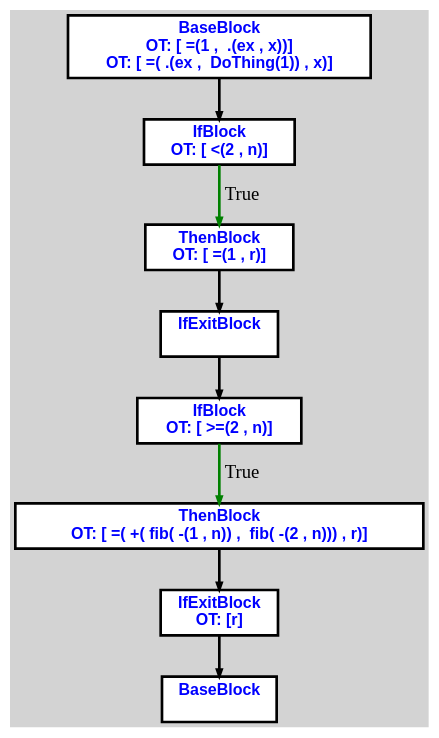
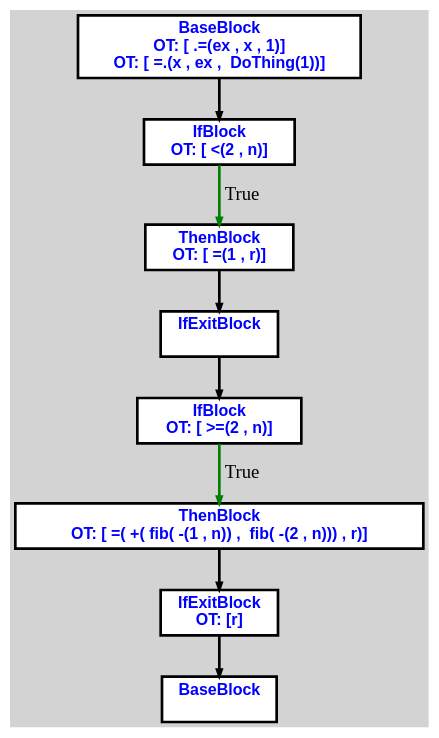
Before and after one commit to aveen007/CountingMonkeys: the diagram in cpoCompilerWin/input2.txt.fib.dot, drawn with Graphviz. The commit also changed 13 other files, not shown here.

```diff
--- a/cpoCompilerWin/input2.txt.fib.dot
+++ b/cpoCompilerWin/input2.txt.fib.dot
@@ -1,29 +1,29 @@
 digraph G {
 ordering=out;
 ranksep=.4;
 bgcolor="lightgrey";  node [shape=box, fixedsize=false, fontsize=12, fontname="Helvetica-bold", fontcolor="blue"
 width=.25, height=.25, color="black", fillcolor="white", style="filled, solid, bold"];
 
-edge [arrowsize=.5, color="black", style="bold"]    n0000119A7AF233E0 [label="BaseBlock\n OT: [ =(1 ,  .(ex , x))]
-OT: [ =( .(ex ,  DoThing(1)) , x)]
+edge [arrowsize=.5, color="black", style="bold"]    n00001243B6DA33E0 [label="BaseBlock\n OT: [ .=(ex , x , 1)]
+OT: [ =.(x , ex ,  DoThing(1))]
 "]
-    n0000119A7AF23620 [label="IfBlock\n OT: [ <(2 , n)]
+    n00001243B6DA3620 [label="IfBlock\n OT: [ <(2 , n)]
 "]
-    n0000119A7AF233E0 -> n0000119A7AF23620
-    n0000119A7AF23620 -> n0000119A7AF23680 [label="True" color="green"]
-    n0000119A7AF23680 [label="ThenBlock\n OT: [ =(1 , r)]
+    n00001243B6DA33E0 -> n00001243B6DA3620
+    n00001243B6DA3620 -> n00001243B6DA3680 [label="True" color="green"]
+    n00001243B6DA3680 [label="ThenBlock\n OT: [ =(1 , r)]
 "]
-    n0000119A7AF236E0 [label="IfExitBlock\n "]
-    n0000119A7AF23680 -> n0000119A7AF236E0
-    n0000119A7AF23740 [label="IfBlock\n OT: [ >=(2 , n)]
+    n00001243B6DA36E0 [label="IfExitBlock\n "]
+    n00001243B6DA3680 -> n00001243B6DA36E0
+    n00001243B6DA3740 [label="IfBlock\n OT: [ >=(2 , n)]
 "]
-    n0000119A7AF236E0 -> n0000119A7AF23740
-    n0000119A7AF23740 -> n0000119A7AF237A0 [label="True" color="green"]
-    n0000119A7AF237A0 [label="ThenBlock\n OT: [ =( +( fib( -(1 , n)) ,  fib( -(2 , n))) , r)]
+    n00001243B6DA36E0 -> n00001243B6DA3740
+    n00001243B6DA3740 -> n00001243B6DA37A0 [label="True" color="green"]
+    n00001243B6DA37A0 [label="ThenBlock\n OT: [ =( +( fib( -(1 , n)) ,  fib( -(2 , n))) , r)]
 "]
-    n0000119A7AF23800 [label="IfExitBlock\n OT: [r]
+    n00001243B6DA3800 [label="IfExitBlock\n OT: [r]
 "]
-    n0000119A7AF237A0 -> n0000119A7AF23800
-    n0000119A7AF23860 [label="BaseBlock\n "]
-    n0000119A7AF23800 -> n0000119A7AF23860
+    n00001243B6DA37A0 -> n00001243B6DA3800
+    n00001243B6DA3860 [label="BaseBlock\n "]
+    n00001243B6DA3800 -> n00001243B6DA3860
 }
```
